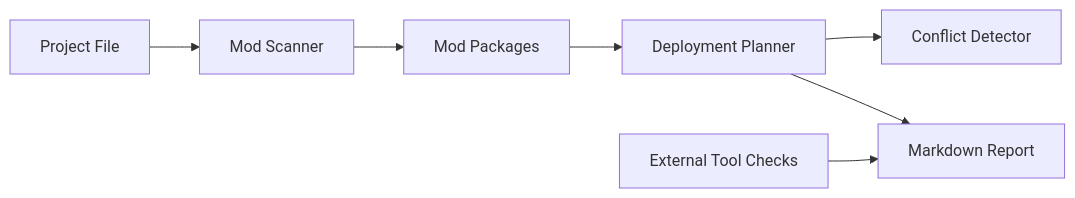
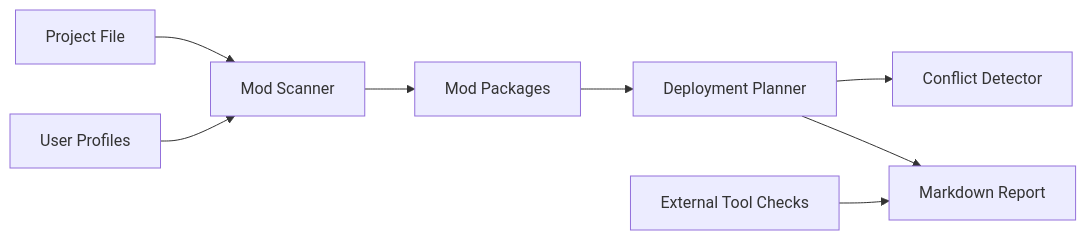
One commit to lavenzaP/modforge-manager changed the diagram in docs/design.md. Above: the diagram before and after it, drawn with Mermaid. The commit also changed other lines of this file and 9 other files, not shown here.

````diff
--- a/docs/design.md
+++ b/docs/design.md
@@ -22,9 +26,10 @@
 ```mermaid
 flowchart LR
   Project["Project File"] --> Scanner["Mod Scanner"]
+  UserProfiles["User Profiles"] --> Scanner
   Scanner --> Packages["Mod Packages"]
   Packages --> Planner["Deployment Planner"]
   Planner --> Conflicts["Conflict Detector"]
   Planner --> Report["Markdown Report"]
   Tools["External Tool Checks"] --> Report
 ```
````
